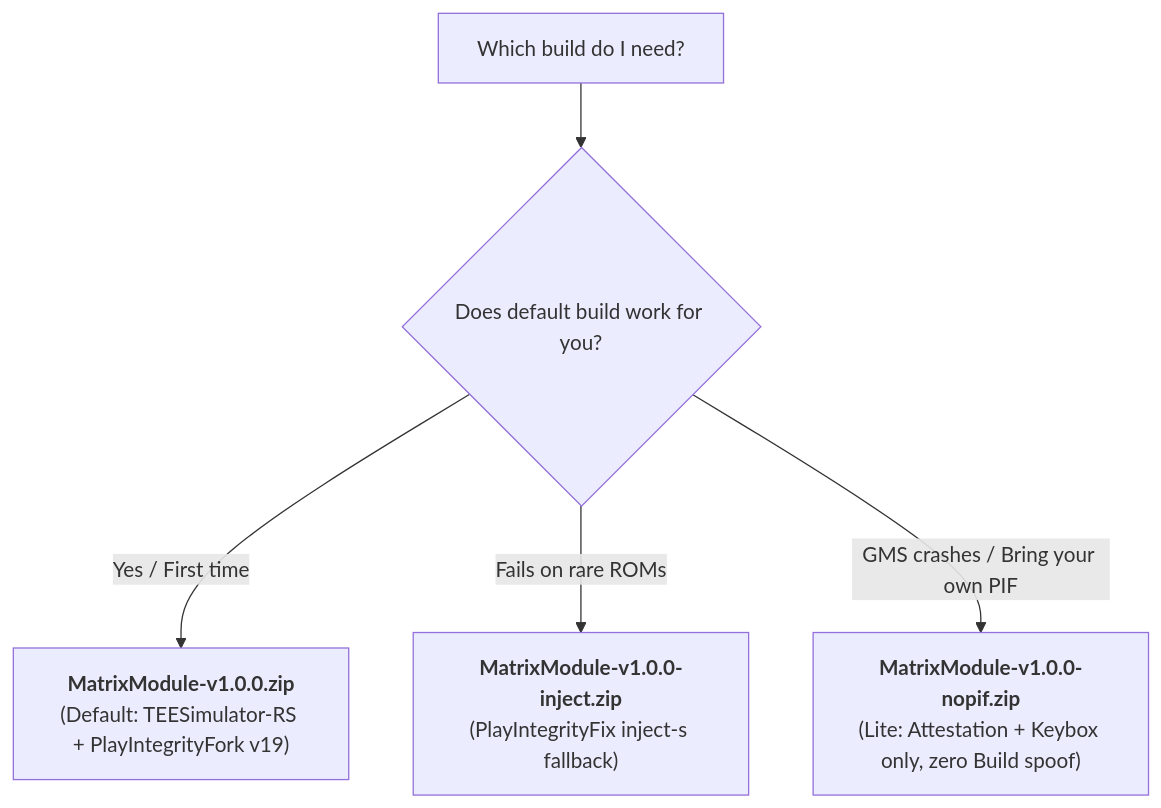
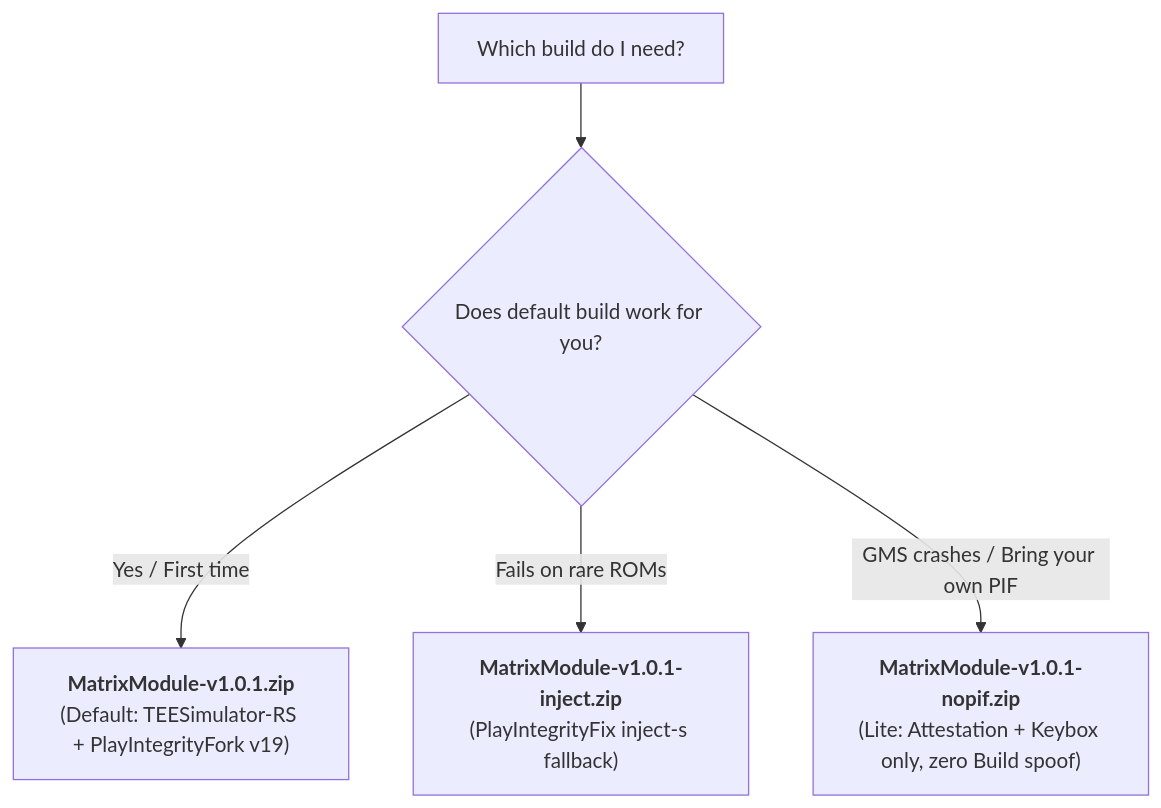
Before and after one commit to mengalpratik/MatrixModule: the diagram in README.md, drawn with Mermaid. The commit also changed other lines of this file and 15 other files, not shown here.

````diff
--- a/README.md
+++ b/README.md
@@ -152,7 +152,7 @@
 ```mermaid
 graph TD
     Start["Which build do I need?"] --> Q1{"Does default build work for you?"}
-    Q1 -- "Yes / First time" --> Def["<b>MatrixModule-v1.0.0.zip</b><br>(Default: TEESimulator-RS + PlayIntegrityFork v19)"]
-    Q1 -- "Fails on rare ROMs" --> Inj["<b>MatrixModule-v1.0.0-inject.zip</b><br>(PlayIntegrityFix inject-s fallback)"]
-    Q1 -- "GMS crashes / Bring your own PIF" --> Lite["<b>MatrixModule-v1.0.0-nopif.zip</b><br>(Lite: Attestation + Keybox only, zero Build spoof)"]
+    Q1 -- "Yes / First time" --> Def["<b>MatrixModule-v1.0.1.zip</b><br>(Default: TEESimulator-RS + PlayIntegrityFork v19)"]
+    Q1 -- "Fails on rare ROMs" --> Inj["<b>MatrixModule-v1.0.1-inject.zip</b><br>(PlayIntegrityFix inject-s fallback)"]
+    Q1 -- "GMS crashes / Bring your own PIF" --> Lite["<b>MatrixModule-v1.0.1-nopif.zip</b><br>(Lite: Attestation + Keybox only, zero Build spoof)"]
 ```
````
